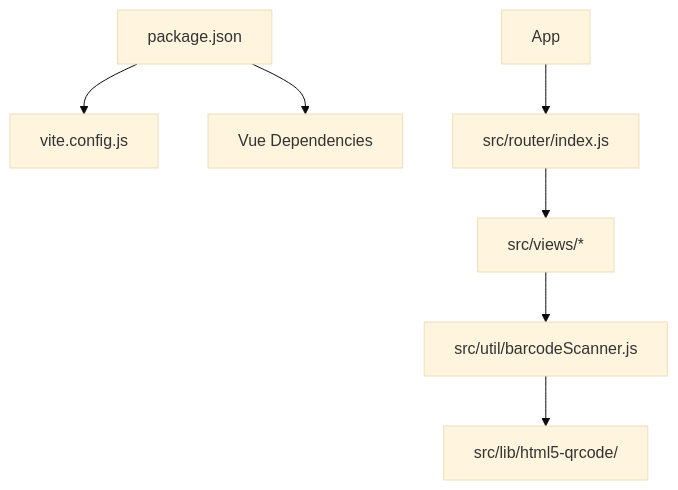
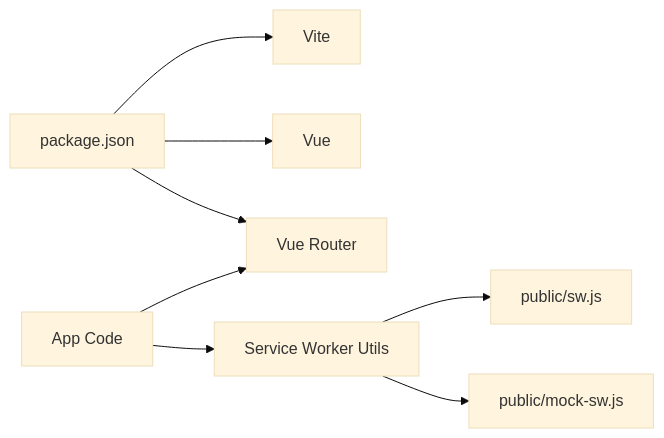
One commit to weiserman/ahm-gr-scanner-light-mode changed the third of 3 diagrams in .qoder/repowiki/en/content/Getting Started.md. Above: the diagram before and after it, drawn with Mermaid (base theme). The commit also changed other lines of this file and 183 other files, not shown here.

````diff
--- a/.qoder/repowiki/en/content/Getting Started.md
+++ b/.qoder/repowiki/en/content/Getting Started.md
@@ -282,9 +279,10 @@
 ```mermaid
-graph TB
-Pkg["package.json"] --> ViteCfg["vite.config.js"]
-Pkg --> VueDeps["Vue Dependencies"]
-App["App"] --> Router["src/router/index.js"]
-Router --> Views["src/views/*"]
-Views --> Scanner["src/util/barcodeScanner.js"]
-Scanner --> Html5Qr["src/lib/html5-qrcode/"]
+graph LR
+P["package.json"] --> Vite["Vite"]
+P --> Vue["Vue"]
+P --> Router["Vue Router"]
+App["App Code"] --> Router
+App --> SWUtils["Service Worker Utils"]
+SWUtils --> PublicSW["public/sw.js"]
+SWUtils --> MockSW["public/mock-sw.js"]
 ```
````
